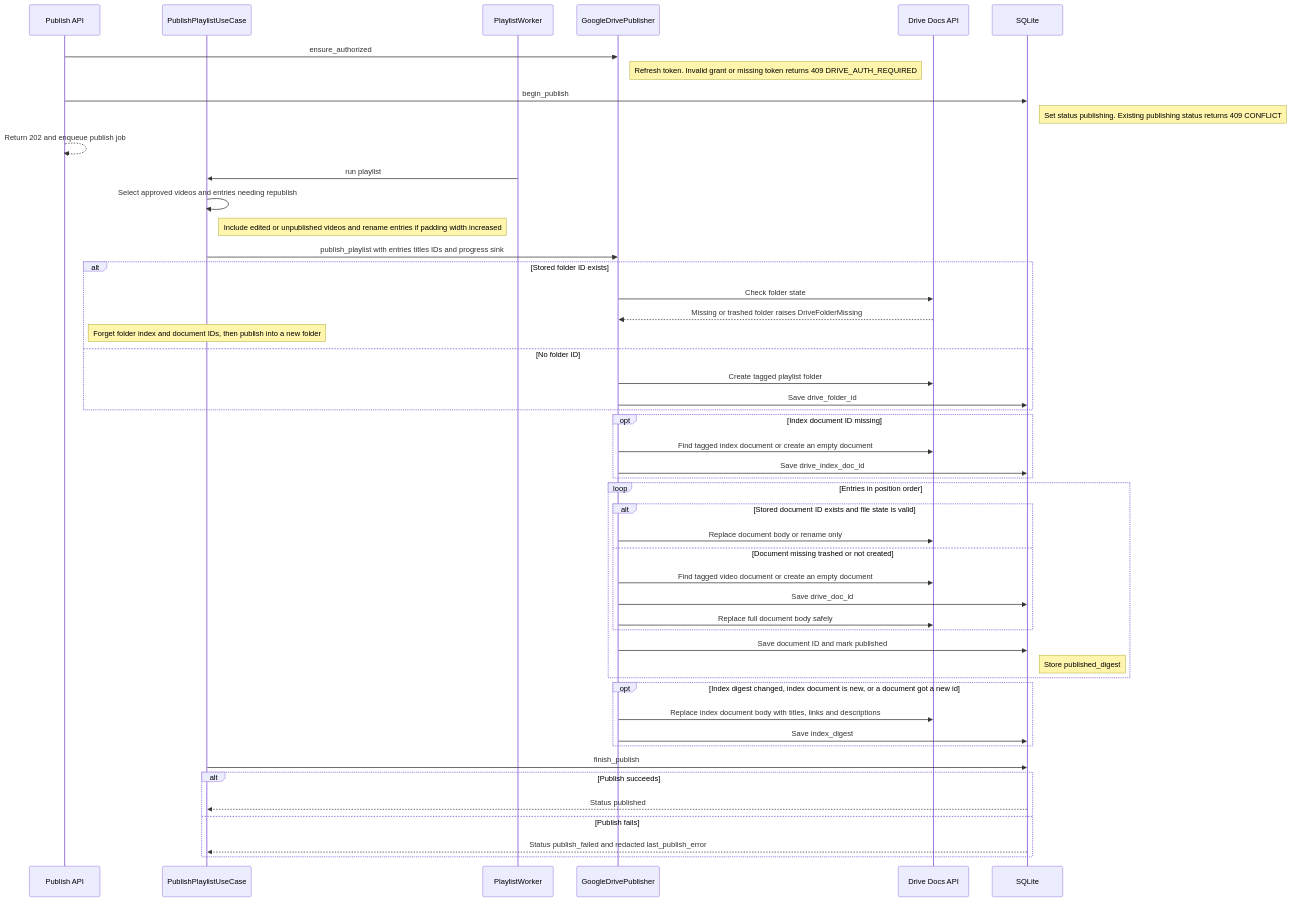
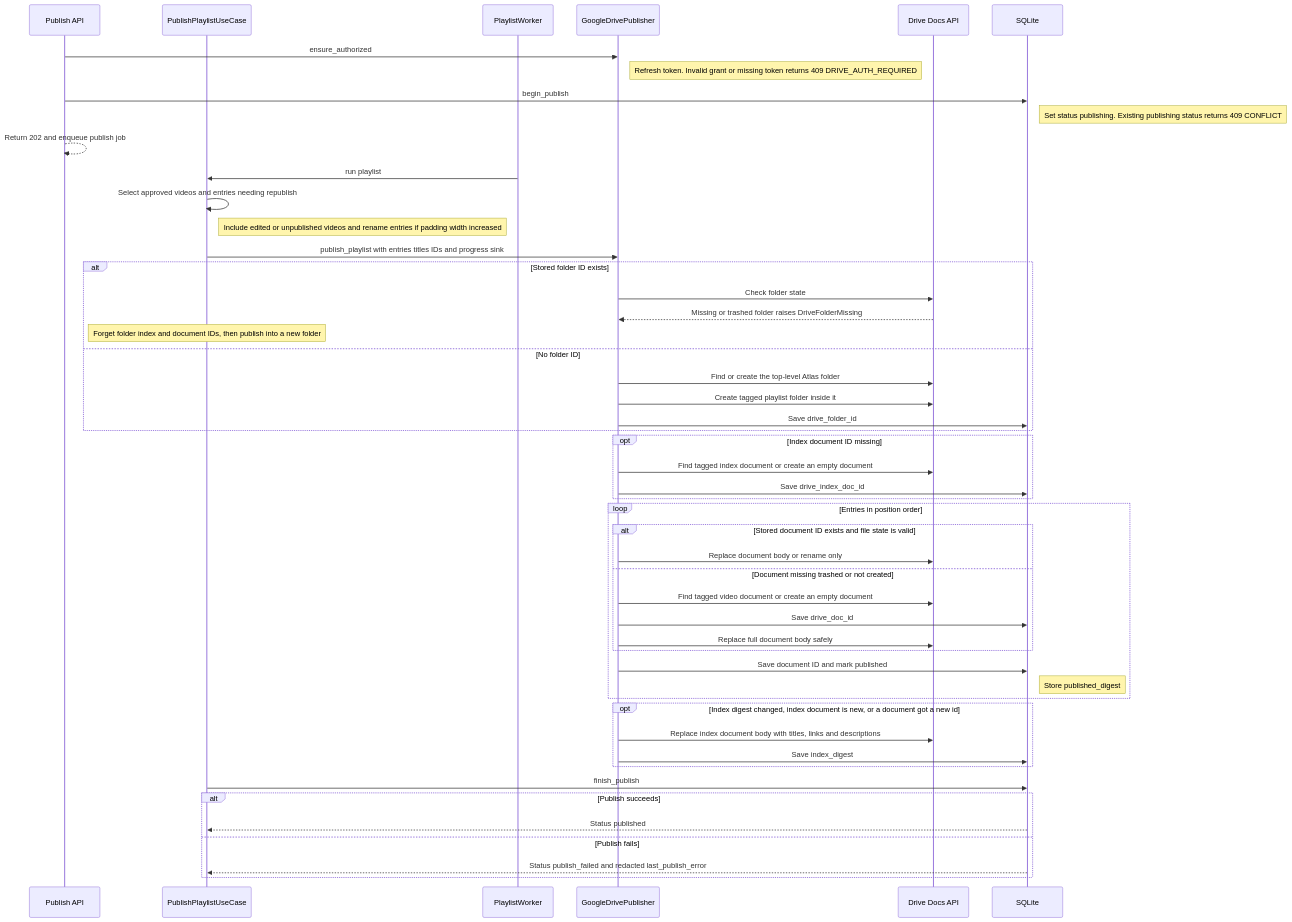
The sixth of 6 diagrams in docs/ARCHITECTURE.md (vikas794/atlas), drawn with Mermaid before and after one commit. The commit also changed other lines of this file and 7 other files, not shown here.

First line of the commit message:
feat(drive): publish playlist folders inside a top-level Atlas folder

````diff
--- a/docs/ARCHITECTURE.md
+++ b/docs/ARCHITECTURE.md
@@ -412,58 +414,59 @@
 ```mermaid
 sequenceDiagram
   participant API as Publish API
   participant UC as PublishPlaylistUseCase
   participant W as PlaylistWorker
   participant P as GoogleDrivePublisher
   participant G as Drive Docs API
   participant DB as SQLite
 
   API->>P: ensure_authorized
   Note right of P: Refresh token. Invalid grant or missing token returns 409 DRIVE_AUTH_REQUIRED
   API->>DB: begin_publish
   Note right of DB: Set status publishing. Existing publishing status returns 409 CONFLICT
   API-->>API: Return 202 and enqueue publish job
 
   W->>UC: run playlist
   UC->>UC: Select approved videos and entries needing republish
   Note right of UC: Include edited or unpublished videos and rename entries if padding width increased
   UC->>P: publish_playlist with entries titles IDs and progress sink
 
   alt Stored folder ID exists
     P->>G: Check folder state
     G-->>P: Missing or trashed folder raises DriveFolderMissing
     Note over UC: Forget folder index and document IDs, then publish into a new folder
   else No folder ID
-    P->>G: Create tagged playlist folder
+    P->>G: Find or create the top-level Atlas folder
+    P->>G: Create tagged playlist folder inside it
     P->>DB: Save drive_folder_id
   end
 
   opt Index document ID missing
     P->>G: Find tagged index document or create an empty document
     P->>DB: Save drive_index_doc_id
   end
 
   loop Entries in position order
     alt Stored document ID exists and file state is valid
       P->>G: Replace document body or rename only
     else Document missing trashed or not created
       P->>G: Find tagged video document or create an empty document
       P->>DB: Save drive_doc_id
       P->>G: Replace full document body safely
     end
     P->>DB: Save document ID and mark published
     Note right of DB: Store published_digest
   end
 
   opt Index digest changed, index document is new, or a document got a new id
     P->>G: Replace index document body with titles, links and descriptions
     P->>DB: Save index_digest
   end
 
   UC->>DB: finish_publish
   alt Publish succeeds
     DB-->>UC: Status published
   else Publish fails
     DB-->>UC: Status publish_failed and redacted last_publish_error
   end
 ```
````
